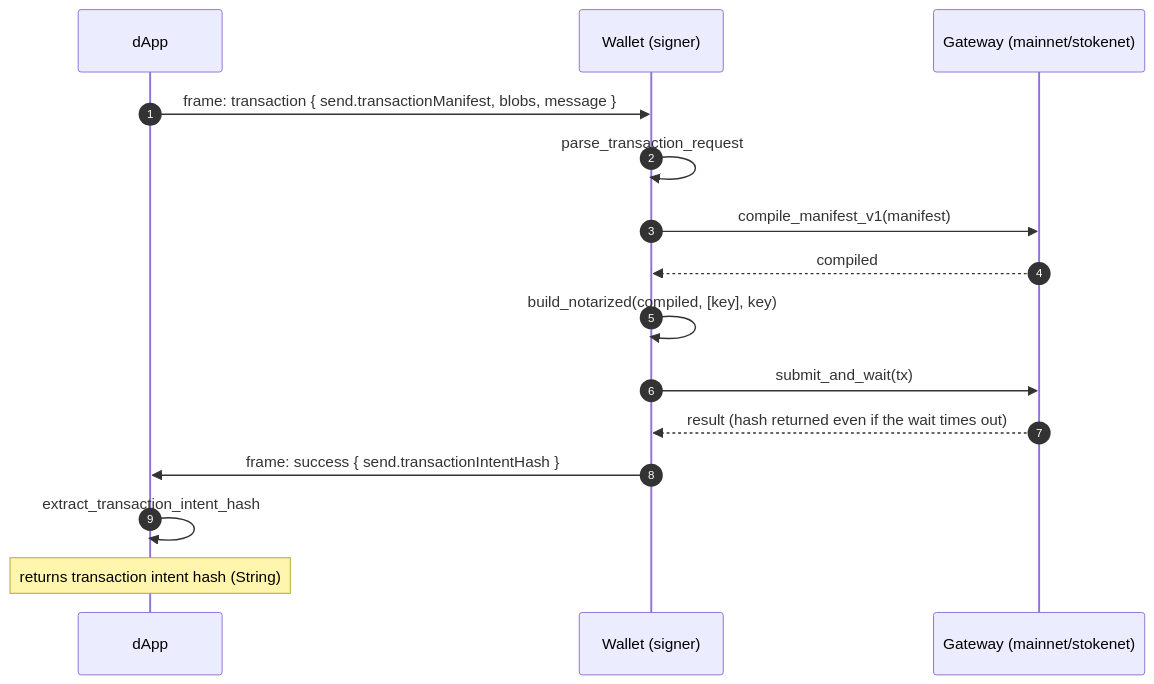
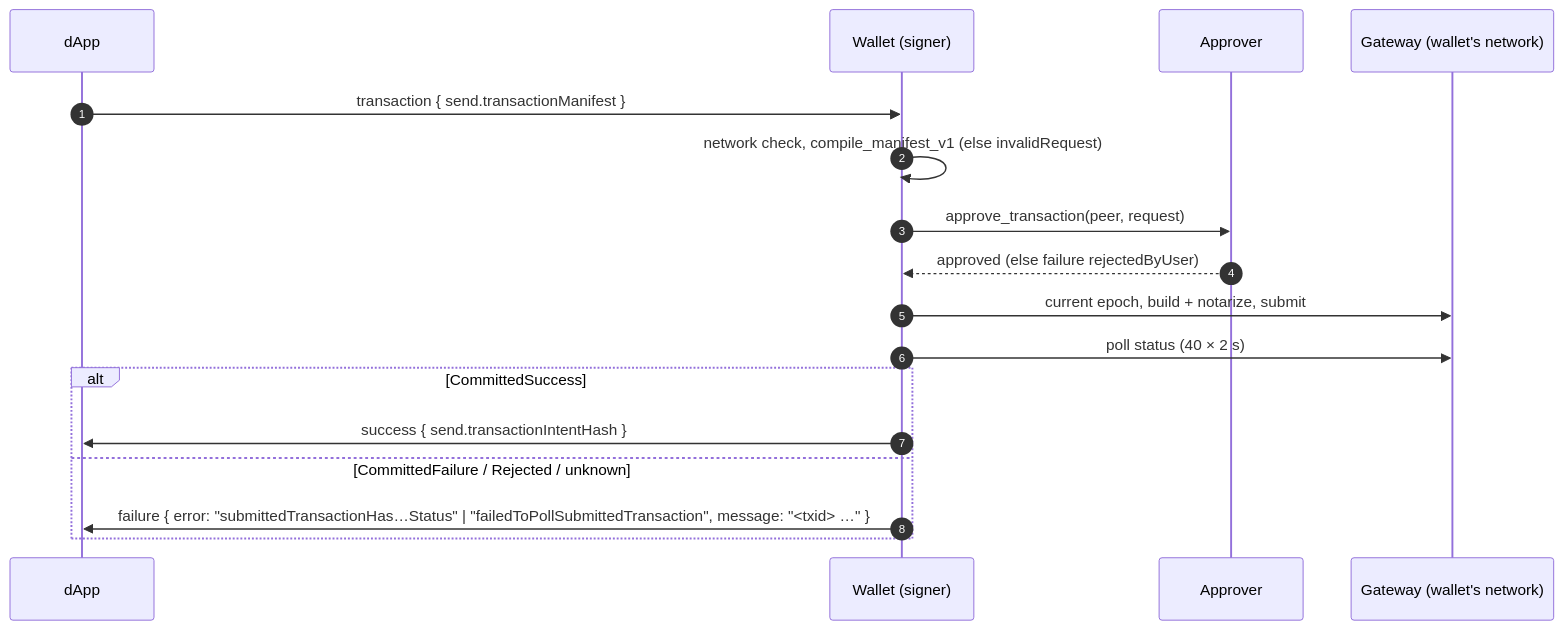
Before and after one commit to genkipool/radixdlt-rust-sdk: the third of 4 diagrams in crates/connect-iroh/docs/PROTOCOL.md, drawn with Mermaid. The commit also changed other lines of this file and 13 other files, not shown here.

````diff
--- a/crates/connect-iroh/docs/PROTOCOL.md
+++ b/crates/connect-iroh/docs/PROTOCOL.md
@@ -201,18 +251,20 @@
 ```mermaid
 sequenceDiagram
     autonumber
     participant D as dApp
     participant W as Wallet (signer)
-    participant G as Gateway (mainnet/stokenet)
+    participant A as Approver
+    participant G as Gateway (wallet's network)
 
-    D->>W: frame: transaction { send.transactionManifest, blobs, message }
-    W->>W: parse_transaction_request
-    W->>G: compile_manifest_v1(manifest)
-    G-->>W: compiled
-    W->>W: build_notarized(compiled, [key], key)
-    W->>G: submit_and_wait(tx)
-    G-->>W: result (hash returned even if the wait times out)
-    W->>D: frame: success { send.transactionIntentHash }
-    D->>D: extract_transaction_intent_hash
-    Note over D: returns transaction intent hash (String)
+    D->>W: transaction { send.transactionManifest }
+    W->>W: network check, compile_manifest_v1 (else invalidRequest)
+    W->>A: approve_transaction(peer, request)
+    A-->>W: approved (else failure rejectedByUser)
+    W->>G: current epoch, build + notarize, submit
+    W->>G: poll status (40 × 2 s)
+    alt CommittedSuccess
+        W->>D: success { send.transactionIntentHash }
+    else CommittedFailure / Rejected / unknown
+        W->>D: failure { error: "submittedTransactionHas…Status" | "failedToPollSubmittedTransaction", message: "<txid> …" }
+    end
 ```
````
